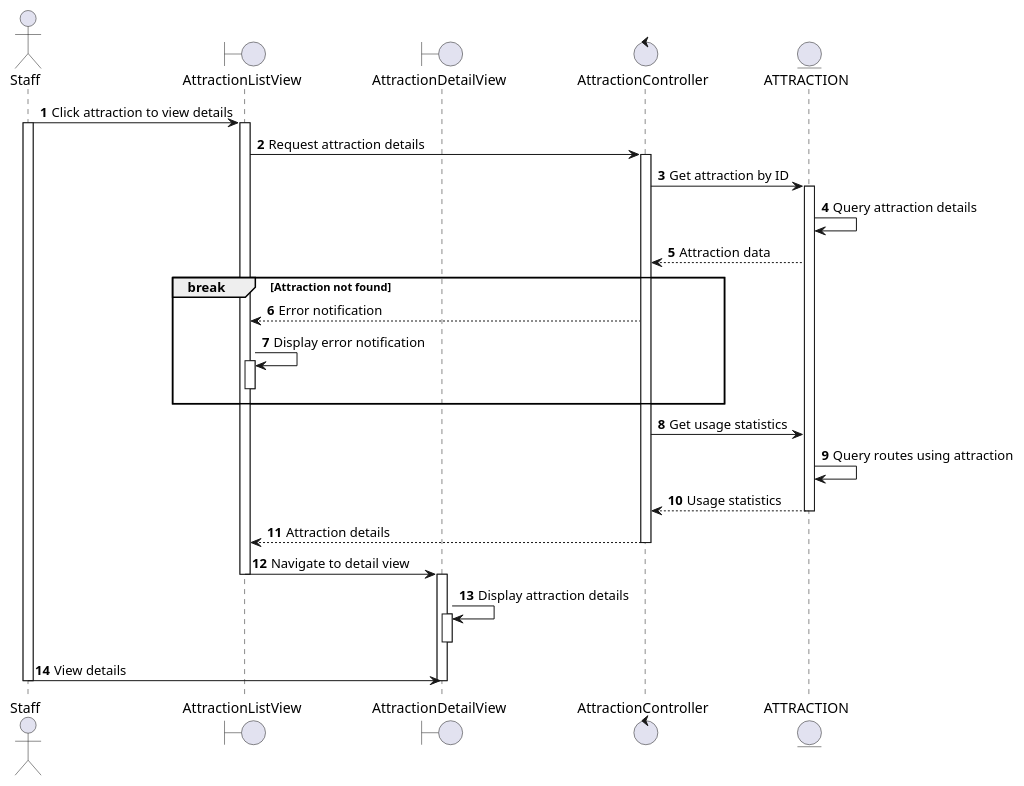
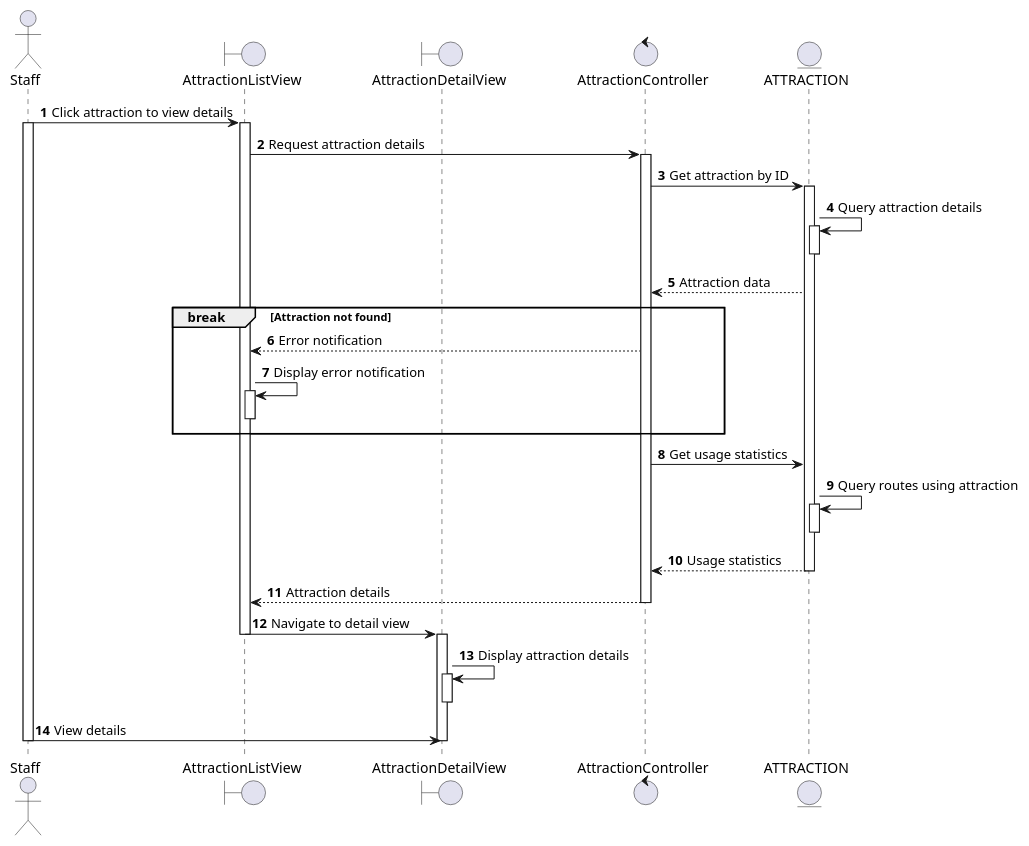
The diagram in docs/docs/sequence/manage-attraction/view-attraction-detail.md (se113-wm/se113-wm.github.io), drawn with PlantUML before and after one commit. The commit also changed 37 other files, not shown here.

First line of the commit message:
Refactor sequence diagrams for booking and trip management

````diff
--- a/docs/docs/sequence/manage-attraction/view-attraction-detail.md
+++ b/docs/docs/sequence/manage-attraction/view-attraction-detail.md
@@ -3,46 +3,50 @@
 ```plantuml
 @startuml
 autonumber
 
 actor Staff as S
 boundary AttractionListView as ALV
 boundary AttractionDetailView as ADV
 control AttractionController as AC
 entity ATTRACTION as ATR
 
 S -> ALV: Click attraction to view details
 activate S
 activate ALV
 ALV -> AC: Request attraction details
 activate AC
 AC -> ATR: Get attraction by ID
 activate ATR
 ATR -> ATR: Query attraction details
+activate ATR
+deactivate ATR
 AC <-- ATR: Attraction data
 
 break Attraction not found
   ALV <-- AC: Error notification
   ALV -> ALV: Display error notification
   activate ALV
   deactivate ALV
 end
 
 AC -> ATR: Get usage statistics
 ATR -> ATR: Query routes using attraction
+activate ATR
+deactivate ATR
 AC <-- ATR: Usage statistics
 deactivate ATR
 ALV <-- AC: Attraction details
 deactivate AC
 ALV -> ADV: Navigate to detail view
 deactivate ALV
 activate ADV
 ADV -> ADV: Display attraction details
 activate ADV
 deactivate ADV
 
 S -> ADV: View details
 deactivate S
 deactivate ADV
 
 @enduml
 ```
````
